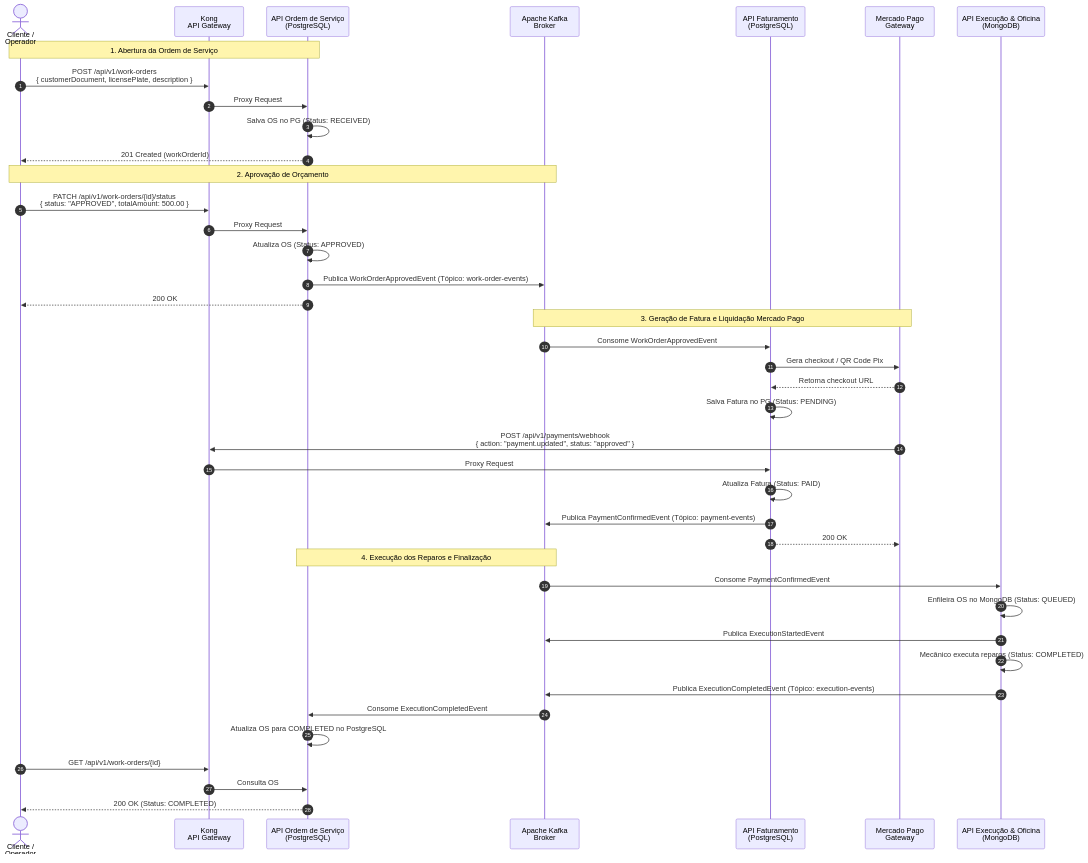
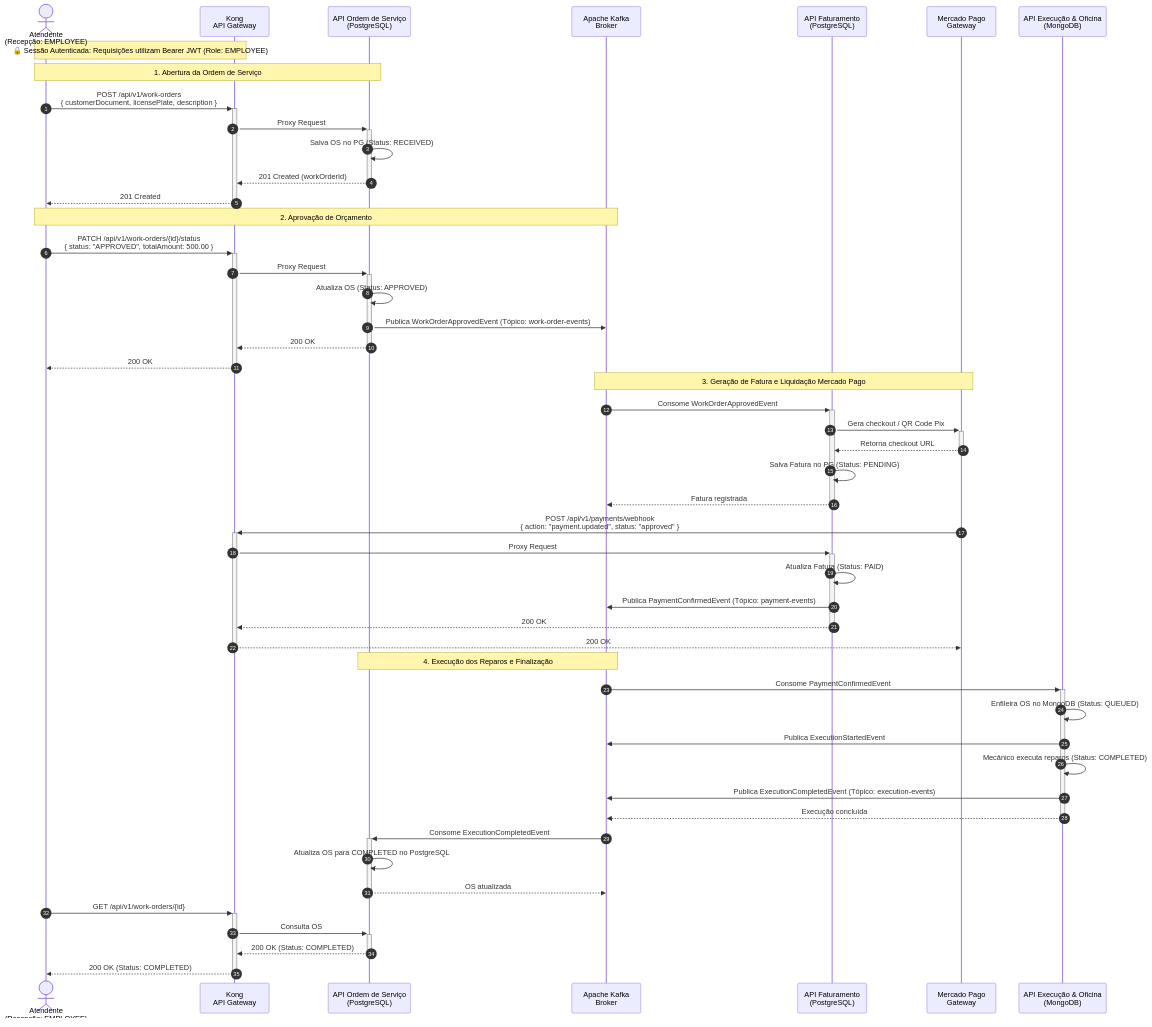
One commit to rodsordi/15soat-phase4-e2e changed the diagram in src/test/resources/features/saga/complete_choreographed_saga.md. Above: the diagram before and after it, drawn with Mermaid. The commit also changed 12 other files, not shown here.

Commit message:
test(e2e): update work order step definitions and feature docs for restful query parameters

````diff
--- a/src/test/resources/features/saga/complete_choreographed_saga.md
+++ b/src/test/resources/features/saga/complete_choreographed_saga.md
@@ -10,53 +10,62 @@
 ```mermaid
 sequenceDiagram
     autonumber
-    actor Cliente as Cliente /<br/>Operador
+    actor Atendente as Atendente<br/>(Recepção: EMPLOYEE)
     participant Kong as Kong<br/>API Gateway
     participant OS as API Ordem de Serviço<br/>(PostgreSQL)
     participant Kafka as Apache Kafka<br/>Broker
     participant Billing as API Faturamento<br/>(PostgreSQL)
     participant MP as Mercado Pago<br/>Gateway
     participant Exec as API Execução & Oficina<br/>(MongoDB)
 
+    Note over Atendente,Kong: 🔒 Sessão Autenticada: Requisições utilizam Bearer JWT (Role: EMPLOYEE)
+
     %% Abertura
-    Note over Cliente,OS: 1. Abertura da Ordem de Serviço
-    Cliente->>Kong: POST /api/v1/work-orders<br/>{ customerDocument, licensePlate, description }
-    Kong->>OS: Proxy Request
+    Note over Atendente,OS: 1. Abertura da Ordem de Serviço
+    Atendente->>+Kong: POST /api/v1/work-orders<br/>{ customerDocument, licensePlate, description }
+    Kong->>+OS: Proxy Request
     OS->>OS: Salva OS no PG (Status: RECEIVED)
-    OS-->>Cliente: 201 Created (workOrderId)
+    OS-->>-Kong: 201 Created (workOrderId)
+    Kong-->>-Atendente: 201 Created
 
     %% Aprovação
-    Note over Cliente,Kafka: 2. Aprovação de Orçamento
-    Cliente->>Kong: PATCH /api/v1/work-orders/{id}/status<br/>{ status: "APPROVED", totalAmount: 500.00 }
-    Kong->>OS: Proxy Request
+    Note over Atendente,Kafka: 2. Aprovação de Orçamento
+    Atendente->>+Kong: PATCH /api/v1/work-orders/{id}/status<br/>{ status: "APPROVED", totalAmount: 500.00 }
+    Kong->>+OS: Proxy Request
     OS->>OS: Atualiza OS (Status: APPROVED)
     OS->>Kafka: Publica WorkOrderApprovedEvent (Tópico: work-order-events)
-    OS-->>Cliente: 200 OK
+    OS-->>-Kong: 200 OK
+    Kong-->>-Atendente: 200 OK
 
     %% Faturamento e Pagamento
     Note over Kafka,MP: 3. Geração de Fatura e Liquidação Mercado Pago
-    Kafka->>Billing: Consome WorkOrderApprovedEvent
-    Billing->>MP: Gera checkout / QR Code Pix
-    MP-->>Billing: Retorna checkout URL
+    Kafka->>+Billing: Consome WorkOrderApprovedEvent
+    Billing->>+MP: Gera checkout / QR Code Pix
+    MP-->>-Billing: Retorna checkout URL
     Billing->>Billing: Salva Fatura no PG (Status: PENDING)
-    MP->>Kong: POST /api/v1/payments/webhook<br/>{ action: "payment.updated", status: "approved" }
-    Kong->>Billing: Proxy Request
+    Billing-->>-Kafka: Fatura registrada
+    MP->>+Kong: POST /api/v1/payments/webhook<br/>{ action: "payment.updated", status: "approved" }
+    Kong->>+Billing: Proxy Request
     Billing->>Billing: Atualiza Fatura (Status: PAID)
     Billing->>Kafka: Publica PaymentConfirmedEvent (Tópico: payment-events)
-    Billing-->>MP: 200 OK
+    Billing-->>-Kong: 200 OK
+    Kong-->>-MP: 200 OK
 
     %% Execução na Oficina
     Note over Kafka,OS: 4. Execução dos Reparos e Finalização
-    Kafka->>Exec: Consome PaymentConfirmedEvent
+    Kafka->>+Exec: Consome PaymentConfirmedEvent
     Exec->>Exec: Enfileira OS no MongoDB (Status: QUEUED)
     Exec->>Kafka: Publica ExecutionStartedEvent
     Exec->>Exec: Mecânico executa reparos (Status: COMPLETED)
     Exec->>Kafka: Publica ExecutionCompletedEvent (Tópico: execution-events)
+    Exec-->>-Kafka: Execução concluída
 
     %% Conclusão Final
-    Kafka->>OS: Consome ExecutionCompletedEvent
+    Kafka->>+OS: Consome ExecutionCompletedEvent
     OS->>OS: Atualiza OS para COMPLETED no PostgreSQL
-    Cliente->>Kong: GET /api/v1/work-orders/{id}
-    Kong->>OS: Consulta OS
-    OS-->>Cliente: 200 OK (Status: COMPLETED)
+    OS-->>-Kafka: OS atualizada
+    Atendente->>+Kong: GET /api/v1/work-orders/{id}
+    Kong->>+OS: Consulta OS
+    OS-->>-Kong: 200 OK (Status: COMPLETED)
+    Kong-->>-Atendente: 200 OK (Status: COMPLETED)
 ```
````
